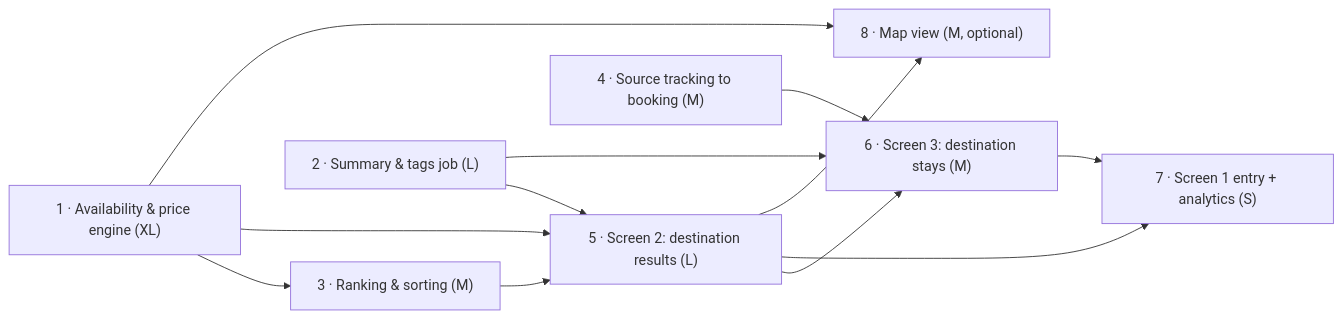
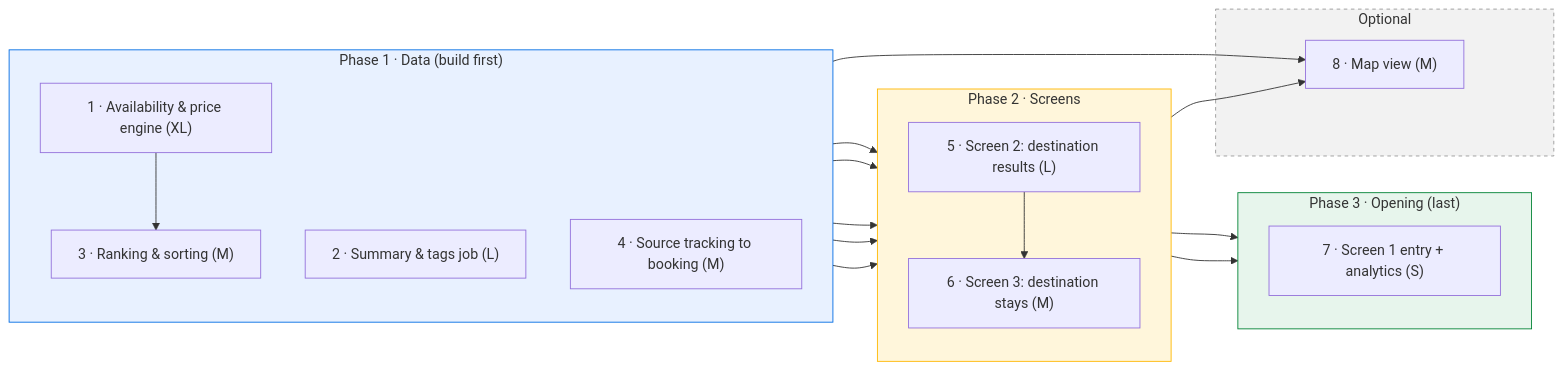
One commit to yufokina/product-manager-portfolio changed the diagram in 03-delivery-in-action-booking-anywhere/1-roadmap/README.md. Above: the diagram before and after it, drawn with Mermaid. The commit also changed other lines of this file, not shown here.

Commit message:
Roadmap: group diagram into 3 phases

````diff
--- a/03-delivery-in-action-booking-anywhere/1-roadmap/README.md
+++ b/03-delivery-in-action-booking-anywhere/1-roadmap/README.md
@@ -34,14 +34,37 @@
 ```mermaid
 flowchart LR
-  A["1 · Availability & price engine (XL)"] --> C["3 · Ranking & sorting (M)"]
-  A --> E["5 · Screen 2: destination results (L)"]
-  B["2 · Summary & tags job (L)"] --> E
+  subgraph P1["Phase 1 · Data (build first)"]
+    direction TB
+    A["1 · Availability & price engine (XL)"]
+    B["2 · Summary & tags job (L)"]
+    C["3 · Ranking & sorting (M)"]
+    D["4 · Source tracking to booking (M)"]
+  end
+  subgraph P2["Phase 2 · Screens"]
+    direction TB
+    E["5 · Screen 2: destination results (L)"]
+    F["6 · Screen 3: destination stays (M)"]
+  end
+  subgraph P3["Phase 3 · Opening (last)"]
+    direction TB
+    G["7 · Screen 1 entry + analytics (S)"]
+  end
+  subgraph P4["Optional"]
+    H["8 · Map view (M)"]
+  end
+  A --> C
+  A --> E
+  B --> E
   C --> E
-  B --> F["6 · Screen 3: destination stays (M)"]
-  D["4 · Source tracking to booking (M)"] --> F
+  B --> F
+  D --> F
   E --> F
-  E --> G["7 · Screen 1 entry + analytics (S)"]
+  E --> G
   F --> G
-  A --> H["8 · Map view (M, optional)"]
+  A --> H
   E --> H
+  style P1 fill:#e8f1ff,stroke:#006ce4
+  style P2 fill:#fff6db,stroke:#ffb700
+  style P3 fill:#e7f5ec,stroke:#008234
+  style P4 fill:#f2f2f2,stroke:#999,stroke-dasharray: 4 4
 ```
````
